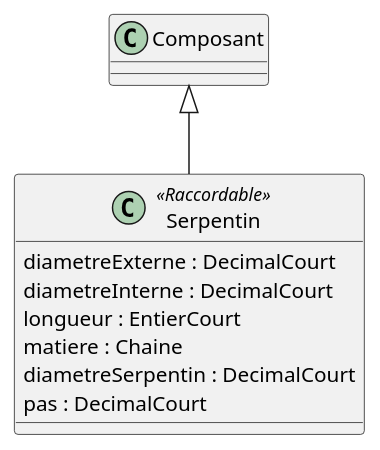
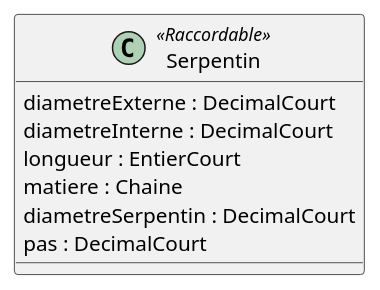
The diagram in serpentin.iuml (beerfactory/brewbox-uml), drawn with PlantUML before and after one commit. The commit also changed 8 other files, not shown here.

```diff
--- a/serpentin.iuml
+++ b/serpentin.iuml
@@ -1,10 +1,8 @@
 class Serpentin <<Raccordable>> {
     diametreExterne : DecimalCourt
     diametreInterne : DecimalCourt
     longueur : EntierCourt
     matiere : Chaine
     diametreSerpentin : DecimalCourt
     pas : DecimalCourt
 }
-
-Composant <|-- Serpentin
```
